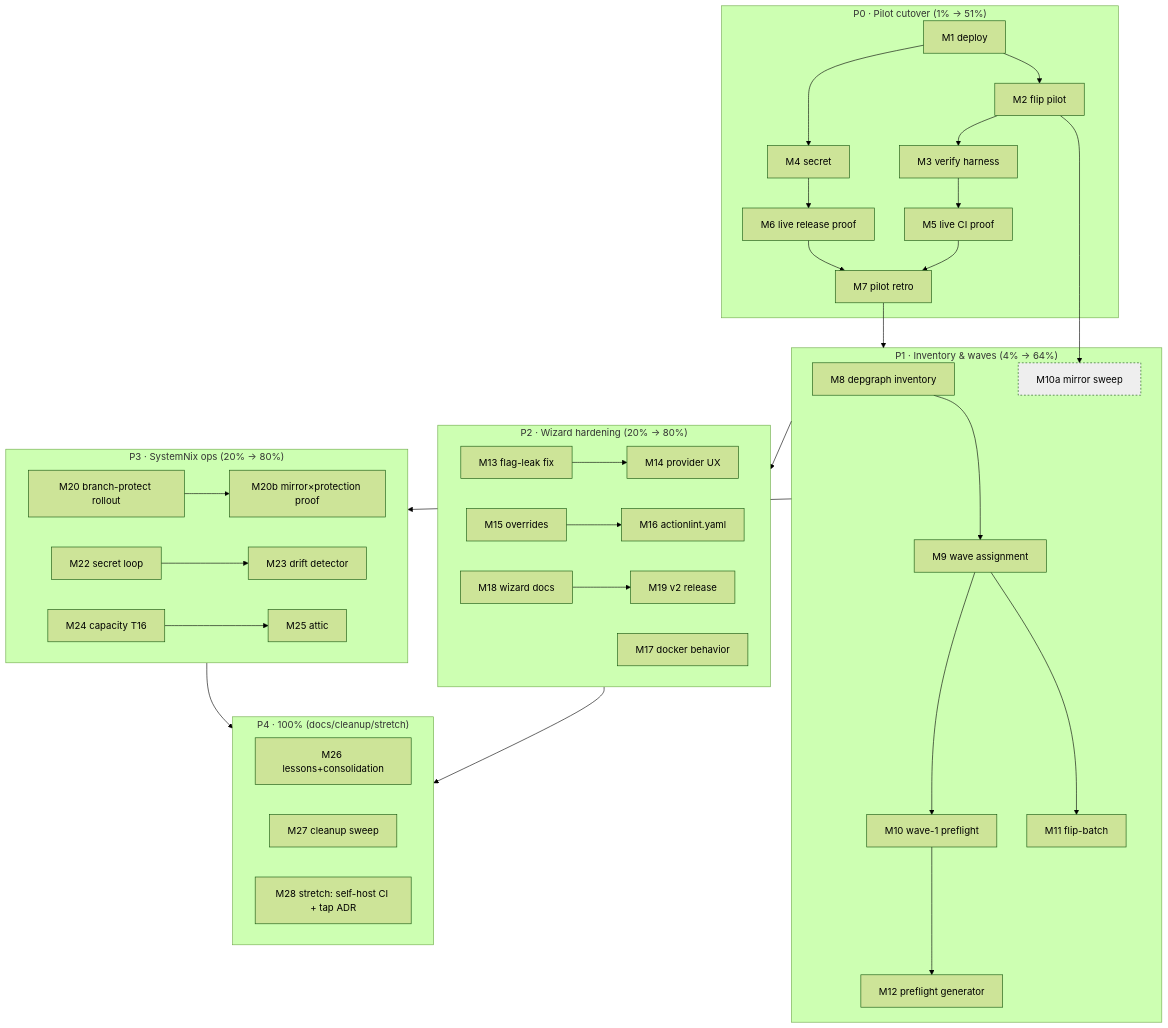
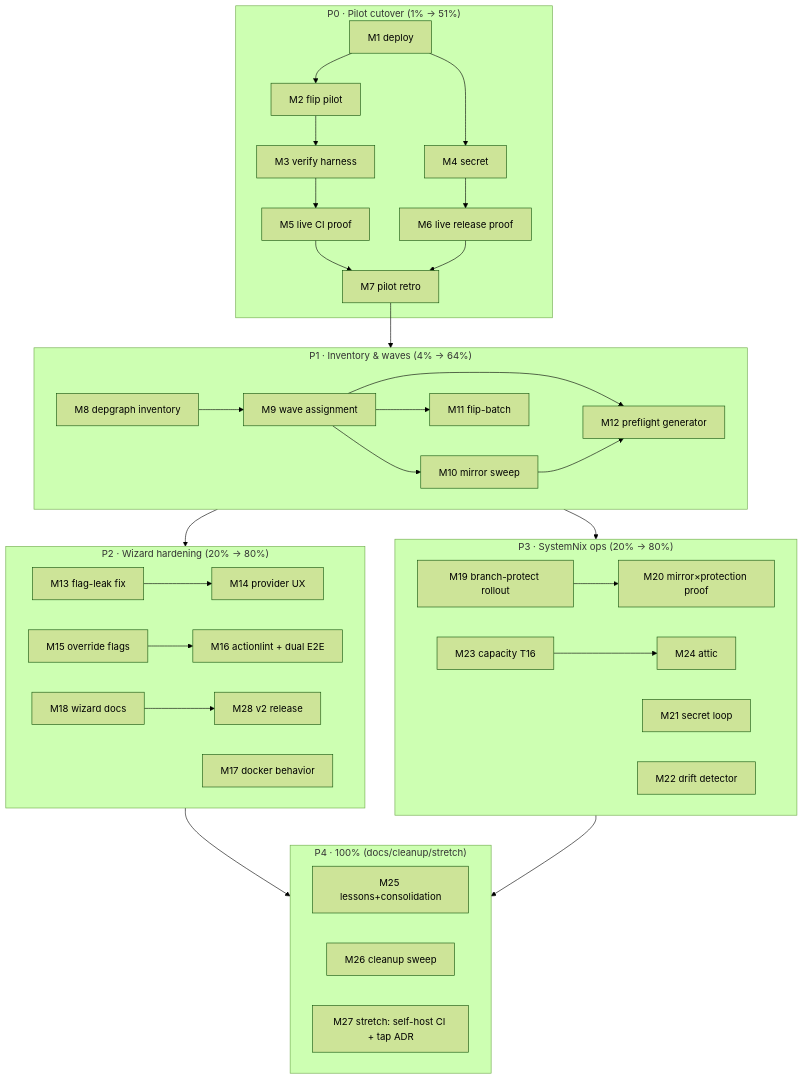
One commit to LarsArtmann/GoReleaser-Wizard changed the diagram in docs/planning/2026-11-03_17-05_SUPERB-forgejo-fleet-cutover-pareto-plan.md. Above: the diagram before and after it, drawn with Mermaid (forest theme). The commit also changed other lines of this file and 1 other file, not shown here.

````diff
--- a/docs/planning/2026-11-03_17-05_SUPERB-forgejo-fleet-cutover-pareto-plan.md
+++ b/docs/planning/2026-11-03_17-05_SUPERB-forgejo-fleet-cutover-pareto-plan.md
@@ -208,41 +216,41 @@
 ```mermaid
 flowchart TD
     subgraph P0["P0 · Pilot cutover (1% → 51%)"]
         M1[M1 deploy] --> M2[M2 flip pilot]
         M2 --> M3[M3 verify harness]
         M1 --> M4[M4 secret]
         M3 --> M5[M5 live CI proof]
         M4 --> M6[M6 live release proof]
         M5 --> M7[M7 pilot retro]
         M6 --> M7
     end
     subgraph P1["P1 · Inventory & waves (4% → 64%)"]
         M8[M8 depgraph inventory] --> M9[M9 wave assignment]
-        M9 --> M10[M10 wave-1 preflight]
-        M2 --> M10a[M10a mirror sweep]:::opt
+        M9 --> M10[M10 mirror sweep]
         M9 --> M11[M11 flip-batch]
-        M10 --> M12[M12 preflight generator]
+        M9 --> M12[M12 preflight generator]
+        M10 --> M12
     end
     subgraph P2["P2 · Wizard hardening (20% → 80%)"]
         M13[M13 flag-leak fix] --> M14[M14 provider UX]
-        M15[M15 overrides] --> M16[M16 actionlint.yaml]
+        M15[M15 override flags] --> M16[M16 actionlint + dual E2E]
         M17[M17 docker behavior]
-        M18[M18 wizard docs] --> M19x[M19 v2 release]
+        M18[M18 wizard docs] --> M28[M28 v2 release]
     end
     subgraph P3["P3 · SystemNix ops (20% → 80%)"]
-        M20[M20 branch-protect rollout] --> M21[M20b mirror×protection proof]
-        M22[M22 secret loop] --> M23[M23 drift detector]
-        M24[M24 capacity T16] --> M25[M25 attic]
+        M19[M19 branch-protect rollout] --> M20[M20 mirror×protection proof]
+        M21[M21 secret loop]
+        M22[M22 drift detector]
+        M23[M23 capacity T16] --> M24[M24 attic]
     end
     subgraph P4["P4 · 100% (docs/cleanup/stretch)"]
-        M26[M26 lessons+consolidation]
-        M27[M27 cleanup sweep]
-        M28[M28 stretch: self-host CI + tap ADR]
+        M25[M25 lessons+consolidation]
+        M26[M26 cleanup sweep]
+        M27[M27 stretch: self-host CI + tap ADR]
     end
     M7 --> P1
     P1 --> P2
     P1 --> P3
     P2 --> P4
     P3 --> P4
-    classDef opt fill:#eee,stroke-dasharray: 3 3;
 ```
````
